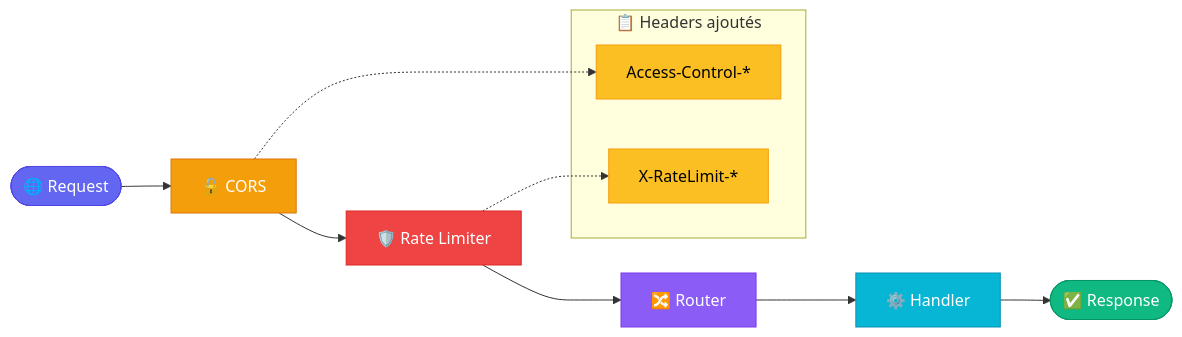
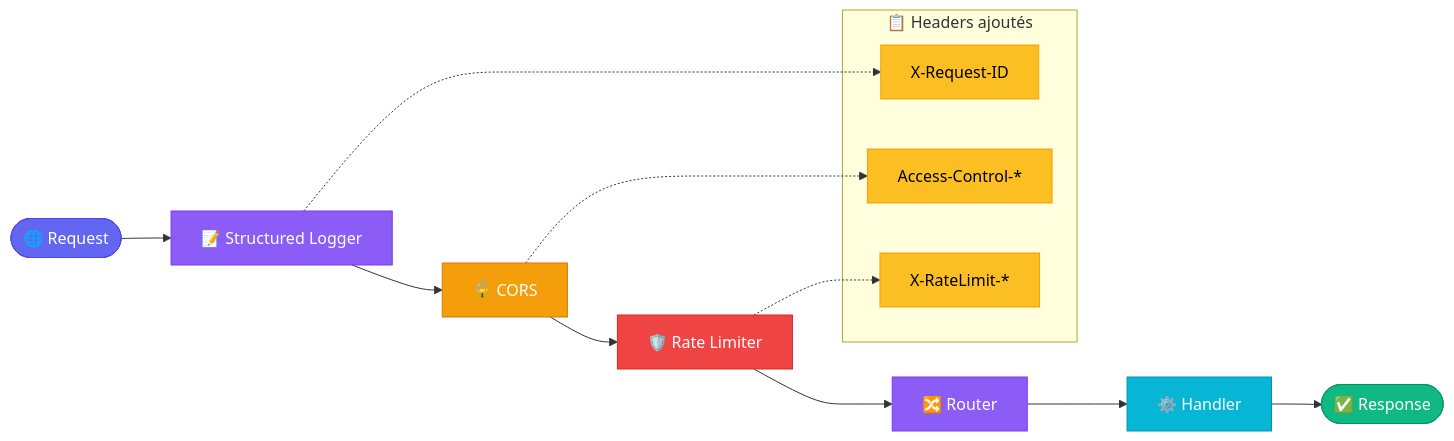
Diagram 13 of 17 in docs/diagrams.md (cedric-famibelle-pronzola/medias-francais-api), drawn with Mermaid before and after one commit. The commit also changed other lines of this file, not shown here.

Commit message:
docs: update diagrams with logging architecture

````diff
--- a/docs/diagrams.md
+++ b/docs/diagrams.md
@@ -579,25 +583,30 @@
 ```mermaid
 flowchart LR
-    REQ([🌐 Request]) --> CORS
+    REQ([🌐 Request]) --> LOGGER
+    LOGGER[📝 Structured Logger] --> CORS
     CORS[🔓 CORS] --> RL[🛡️ Rate Limiter]
     RL --> ROUTE[🔀 Router]
     ROUTE --> HANDLER[⚙️ Handler]
     HANDLER --> RES([✅ Response])
 
     subgraph Headers["📋 Headers ajoutés"]
-        H1[Access-Control-*]
-        H2[X-RateLimit-*]
+        H1[X-Request-ID]
+        H2[Access-Control-*]
+        H3[X-RateLimit-*]
     end
 
-    CORS -.-> H1
-    RL -.-> H2
+    LOGGER -.-> H1
+    CORS -.-> H2
+    RL -.-> H3
 
     style REQ fill:#6366f1,stroke:#4f46e5,color:#fff
+    style LOGGER fill:#8b5cf6,stroke:#7c3aed,color:#fff
     style CORS fill:#f59e0b,stroke:#d97706,color:#fff
     style RL fill:#ef4444,stroke:#dc2626,color:#fff
     style ROUTE fill:#8b5cf6,stroke:#7c3aed,color:#fff
     style HANDLER fill:#06b6d4,stroke:#0891b2,color:#fff
     style RES fill:#10b981,stroke:#059669,color:#fff
     style H1 fill:#fbbf24,stroke:#f59e0b,color:#000
     style H2 fill:#fbbf24,stroke:#f59e0b,color:#000
+    style H3 fill:#fbbf24,stroke:#f59e0b,color:#000
 ```
````
